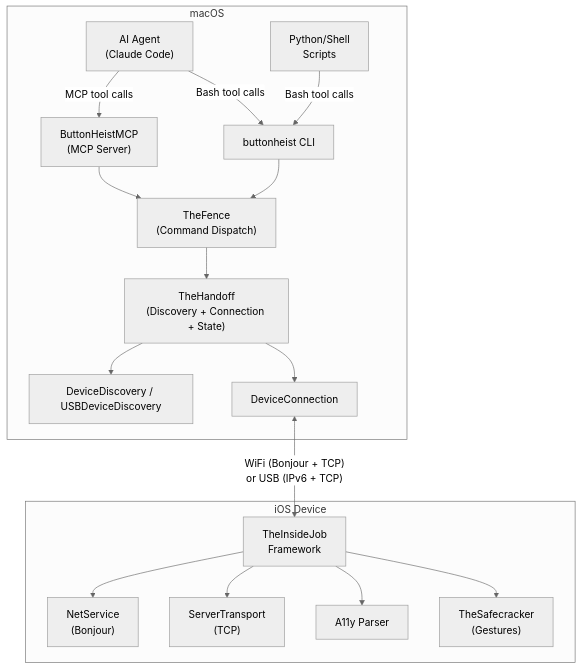
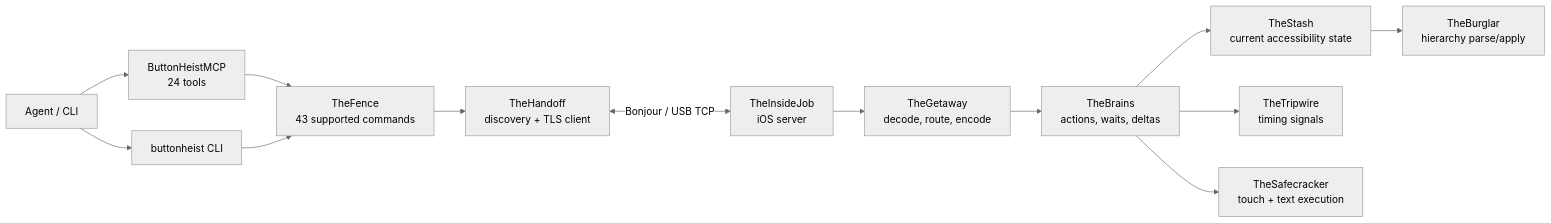
Before and after one commit to RoyalPineapple/TheButtonHeist: the diagram in docs/ARCHITECTURE.md, drawn with Mermaid (neutral theme). The commit also changed other lines of this file and 35 other files, not shown here.

````diff
--- a/docs/ARCHITECTURE.md
+++ b/docs/ARCHITECTURE.md
@@ -15,22 +81,15 @@
 ```mermaid
-graph TB
-    subgraph mac["macOS"]
-        Agent["AI Agent<br>(Claude Code)"] -->|MCP tool calls| MCP["ButtonHeistMCP<br>(MCP Server)"]
-        Agent -->|Bash tool calls| CLI["buttonheist CLI"]
-        Scripts["Python/Shell<br>Scripts"] -->|Bash tool calls| CLI
-        MCP --> TF["TheFence<br>(Command Dispatch)"]
-        CLI --> TF
-        TF --> TH["TheHandoff<br>(Discovery + Connection + State)"]
-        TH --> DD["DeviceDiscovery / USBDeviceDiscovery"]
-        TH --> DC["DeviceConnection"]
-    end
-
-    DC <-->|"WiFi (Bonjour + TCP)<br>or USB (IPv6 + TCP)"| IJ
-
-    subgraph ios["iOS Device"]
-        IJ["TheInsideJob<br>Framework"] --> NS["NetService<br>(Bonjour)"]
-        IJ --> SS["ServerTransport<br>(TCP)"]
-        IJ --> A11y["A11y Parser"]
-        IJ --> TSC["TheSafecracker<br>(Gestures)"]
-    end
+flowchart LR
+    Agent["Agent / CLI"] --> MCP["ButtonHeistMCP<br/>24 tools"]
+    Agent --> CLI["buttonheist CLI"]
+    MCP --> Fence["TheFence<br/>43 supported commands"]
+    CLI --> Fence
+    Fence --> Handoff["TheHandoff<br/>discovery + TLS client"]
+    Handoff <-->|"Bonjour / USB TCP"| Inside["TheInsideJob<br/>iOS server"]
+    Inside --> Getaway["TheGetaway<br/>decode, route, encode"]
+    Getaway --> Brains["TheBrains<br/>actions, waits, deltas"]
+    Brains --> Stash["TheStash<br/>current accessibility state"]
+    Brains --> Tripwire["TheTripwire<br/>timing signals"]
+    Brains --> Safecracker["TheSafecracker<br/>touch + text execution"]
+    Stash --> Burglar["TheBurglar<br/>hierarchy parse/apply"]
 ```
````
